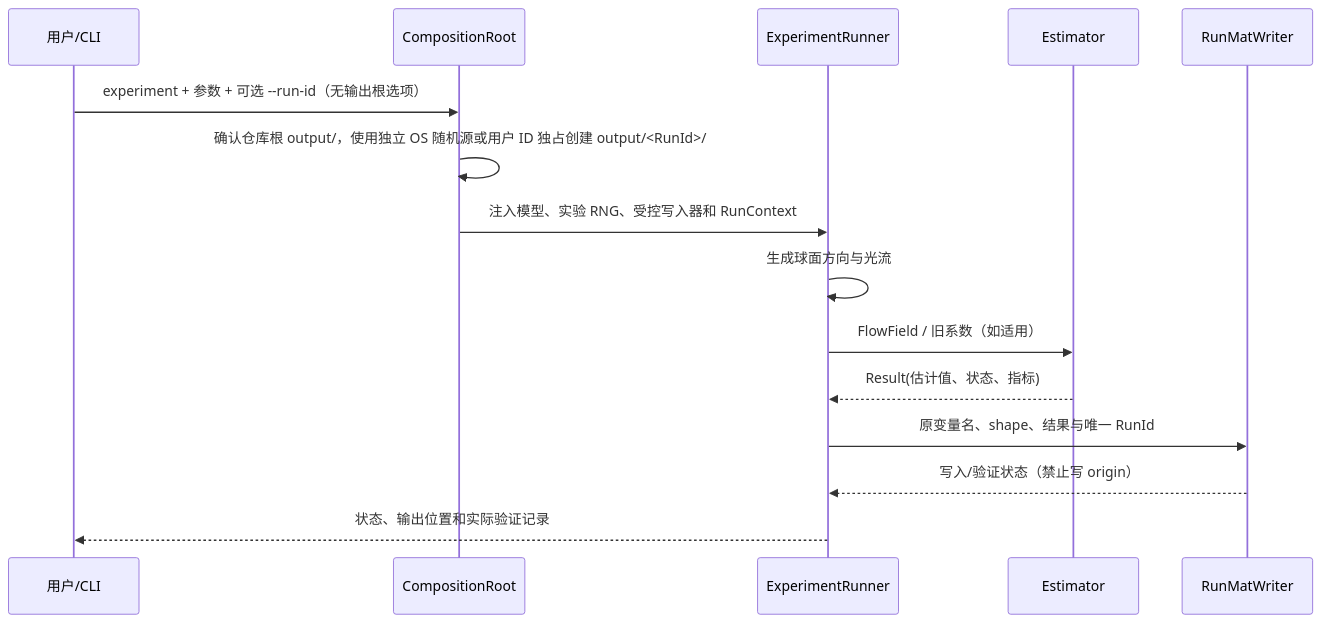
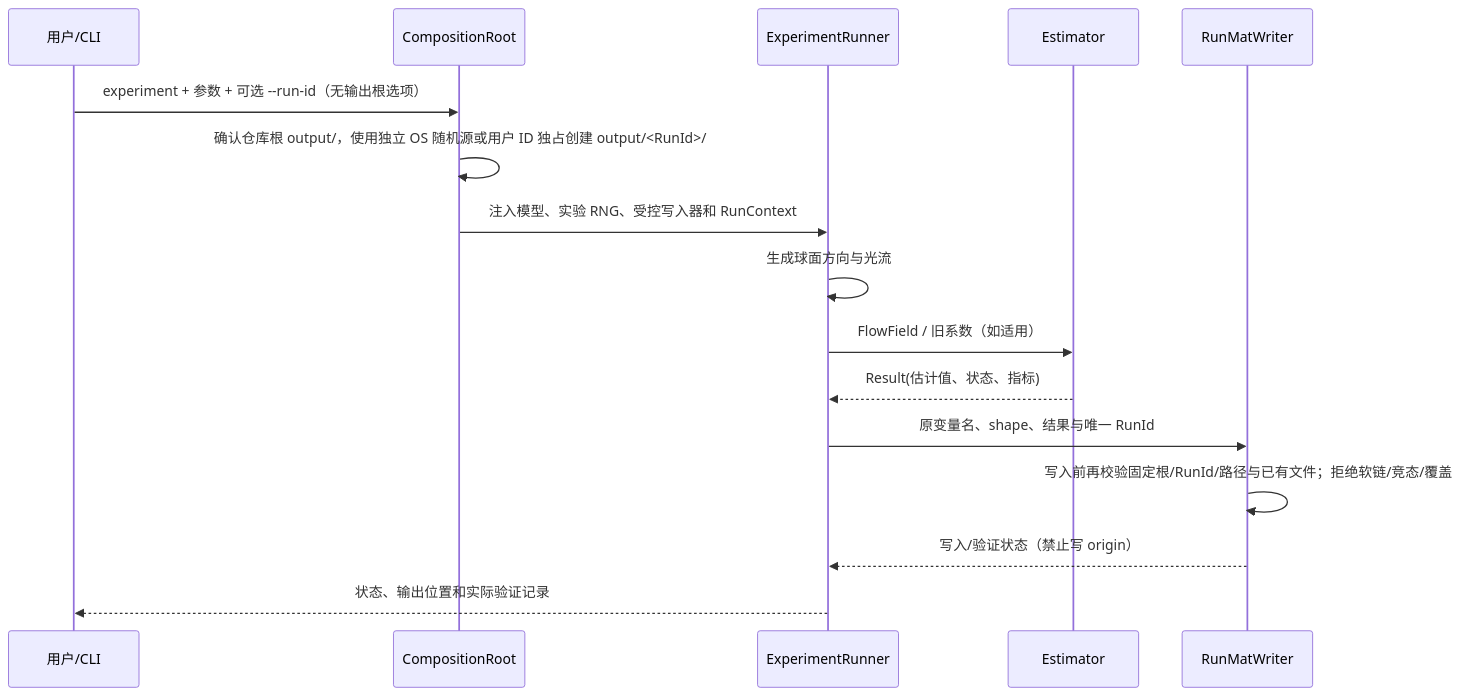
One commit to ncut-d1z/Egomotion-Estimation-with-Dense-Flow-Fields changed the fourth of 5 diagrams in docs/ARCHITECTURE.md. Above: the diagram before and after it, drawn with Mermaid. The commit also changed other lines of this file and 6 other files, not shown here.

````diff
--- a/docs/ARCHITECTURE.md
+++ b/docs/ARCHITECTURE.md
@@ -181,17 +181,18 @@
 ```mermaid
 sequenceDiagram
   participant User as 用户/CLI
   participant Root as CompositionRoot
   participant Run as ExperimentRunner
   participant Solver as Estimator
   participant Writer as RunMatWriter
   User->>Root: experiment + 参数 + 可选 --run-id（无输出根选项）
   Root->>Root: 确认仓库根 output/，使用独立 OS 随机源或用户 ID 独占创建 output/<RunId>/
   Root->>Run: 注入模型、实验 RNG、受控写入器和 RunContext
   Run->>Run: 生成球面方向与光流
   Run->>Solver: FlowField / 旧系数（如适用）
   Solver-->>Run: Result(估计值、状态、指标)
   Run->>Writer: 原变量名、shape、结果与唯一 RunId
+  Writer->>Writer: 写入前再校验固定根/RunId/路径与已有文件；拒绝软链/竞态/覆盖
   Writer-->>Run: 写入/验证状态（禁止写 origin）
   Run-->>User: 状态、输出位置和实际验证记录
 ```
````
